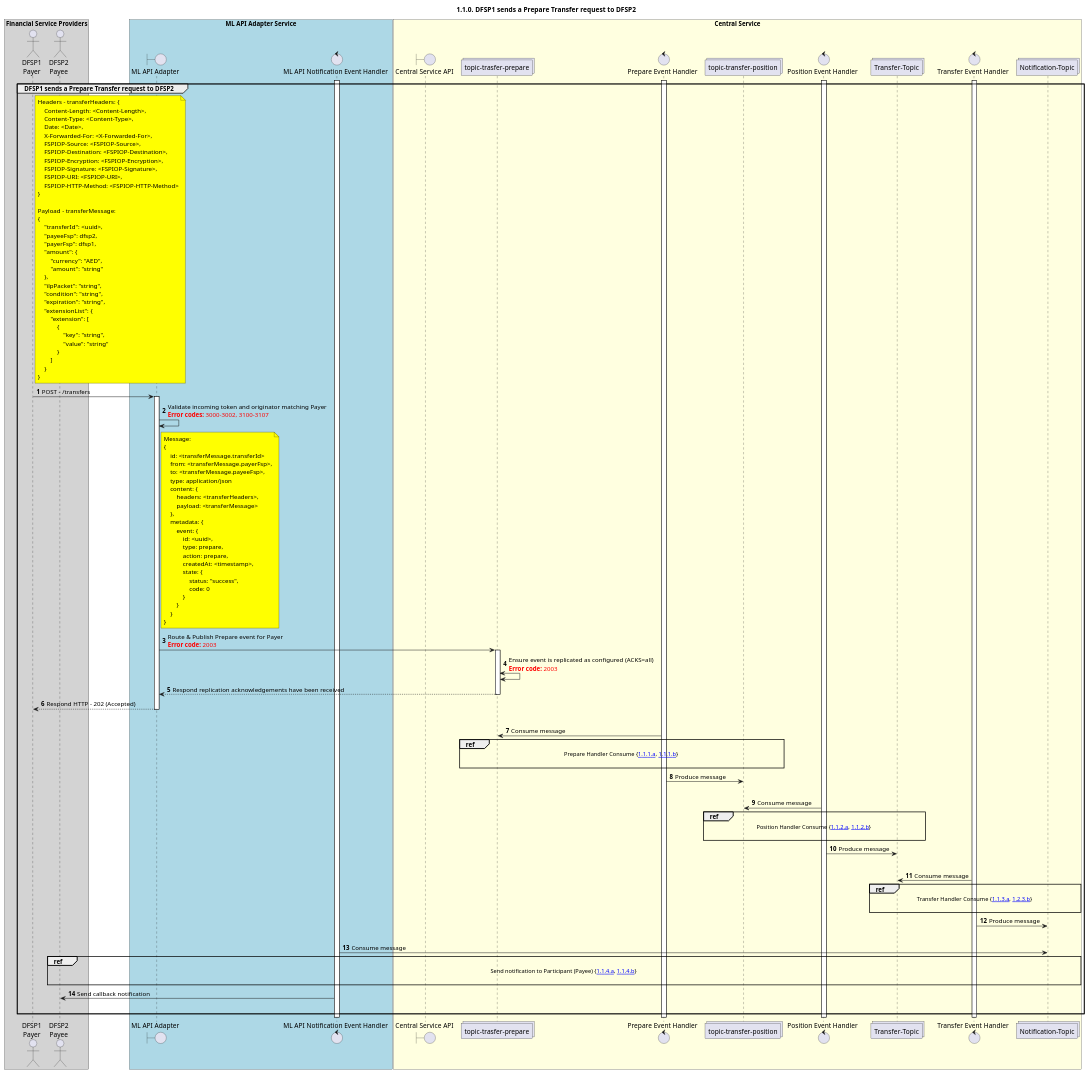
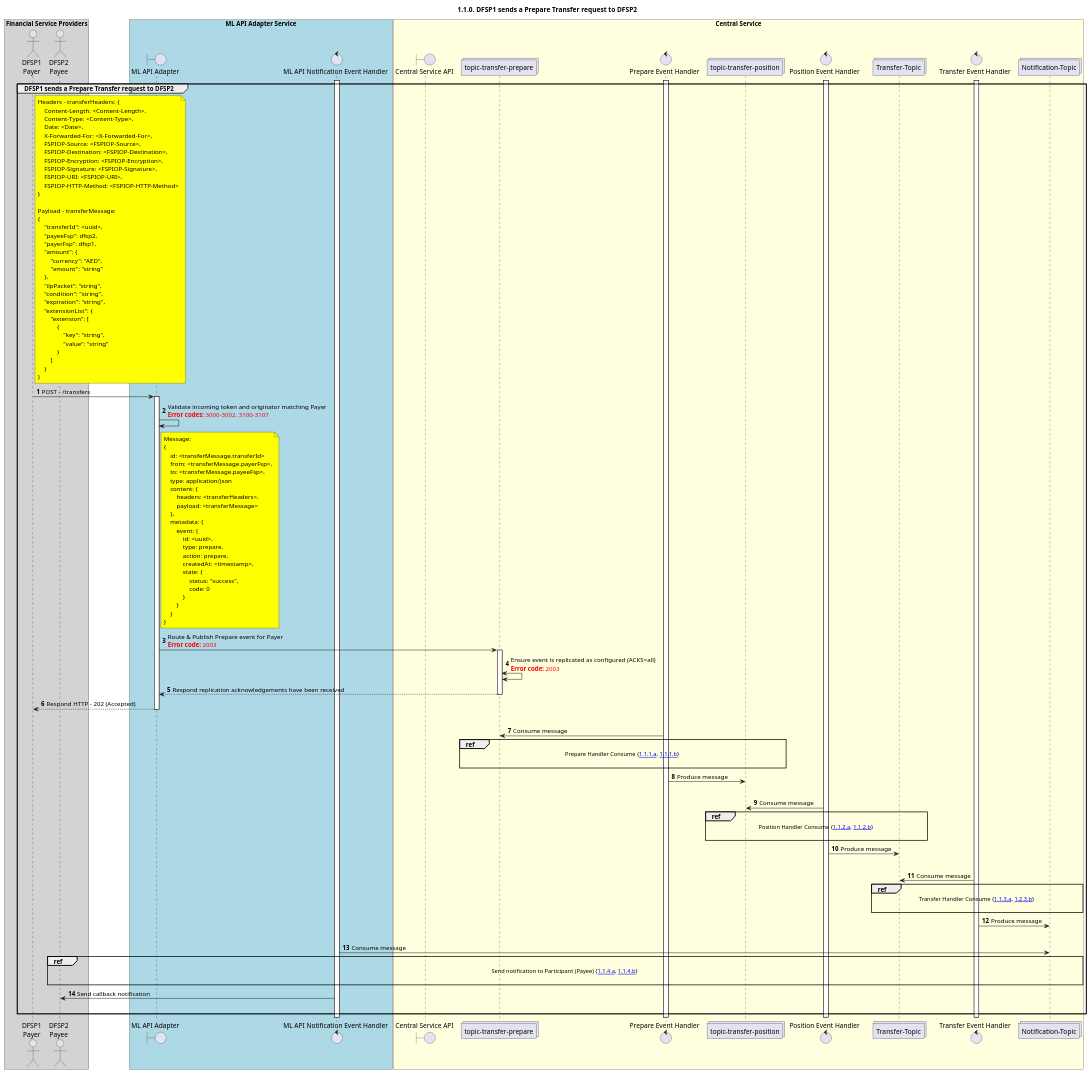
One commit to almatari1/docs-1 changed the diagram in Diagrams/SequenceDiagrams/seq-prepare-1.1.0.plantuml. Above: the diagram before and after it, drawn with PlantUML. The commit also changed 1 other file, not shown here.

```diff
--- a/Diagrams/SequenceDiagrams/seq-prepare-1.1.0.plantuml
+++ b/Diagrams/SequenceDiagrams/seq-prepare-1.1.0.plantuml
@@ -26,148 +26,148 @@
 @startuml
 ' declate title
 title 1.1.0. DFSP1 sends a Prepare Transfer request to DFSP2
 
 autonumber
 
 ' Actor Keys:
 '   boundary - APIs/Interfaces, etc
 '   collections - Kafka Topics
 '   control - Kafka Consumers
 '   entity - Database Access Objects
 '   database - Database Persistance Store
 
 ' declare actors
 actor "DFSP1\nPayer" as DFSP1
 actor "DFSP2\nPayee" as DFSP2
 boundary "ML API Adapter" as MLAPI
 control "ML API Notification Event Handler" as NOTIFY_HANDLER
 boundary "Central Service API" as CSAPI
-collections "topic-trasfer-prepare" as TOPIC_TRANSFER_PREPARE
+collections "topic-transfer-prepare" as TOPIC_TRANSFER_PREPARE
 control "Prepare Event Handler" as PREP_HANDLER
 collections "topic-transfer-position" as TOPIC_TRANSFER_POSITION
 control "Position Event Handler" as POS_HANDLER
 collections "Transfer-Topic" as TOPIC_TRANSFERS
 control "Transfer Event Handler" as TRANS_HANDLER
 collections "Notification-Topic" as TOPIC_NOTIFICATIONS
 
 box "Financial Service Providers" #lightGray
 	participant DFSP1
 	participant DFSP2
 end box
 
 box "ML API Adapter Service" #LightBlue
 	participant MLAPI
 	participant NOTIFY_HANDLER
 end box
 
 box "Central Service" #LightYellow
     participant CSAPI
 	participant TOPIC_TRANSFER_PREPARE
     participant PREP_HANDLER
     participant TOPIC_TRANSFER_POSITION
     participant POS_HANDLER
     participant TOPIC_TRANSFERS
     participant TRANS_HANDLER
     participant TOPIC_NOTIFICATIONS
 end box
 
 ' start flow
 activate NOTIFY_HANDLER
 activate PREP_HANDLER
 activate POS_HANDLER
 activate TRANS_HANDLER
 group DFSP1 sends a Prepare Transfer request to DFSP2
     note right of DFSP1 #yellow
         Headers - transferHeaders: {
             Content-Length: <Content-Length>,
             Content-Type: <Content-Type>,
             Date: <Date>,
             X-Forwarded-For: <X-Forwarded-For>,
             FSPIOP-Source: <FSPIOP-Source>,
             FSPIOP-Destination: <FSPIOP-Destination>,
             FSPIOP-Encryption: <FSPIOP-Encryption>,
             FSPIOP-Signature: <FSPIOP-Signature>,
             FSPIOP-URI: <FSPIOP-URI>,
             FSPIOP-HTTP-Method: <FSPIOP-HTTP-Method>
         }
 
         Payload - transferMessage:
         {
             "transferId": <uuid>,
             "payeeFsp": dfsp2,
             "payerFsp": dfsp1,
             "amount": {
                 "currency": "AED",
                 "amount": "string"
             },
             "ilpPacket": "string",
             "condition": "string",
             "expiration": "string",
             "extensionList": {
                 "extension": [
                     {
                         "key": "string",
                         "value": "string"
                     }
                 ]
             }
         }
     end note
     DFSP1 -> MLAPI: POST - /transfers
     activate MLAPI
     MLAPI -> MLAPI: Validate incoming token and originator matching Payer\n<color #FF0000><b>Error codes:</b> 3000-3002, 3100-3107</color>
     note right of MLAPI #yellow
         Message:
         {
             id: <transferMessage.transferId>
             from: <transferMessage.payerFsp>,
             to: <transferMessage.payeeFsp>,
             type: application/json
             content: {
                 headers: <transferHeaders>,
                 payload: <transferMessage>
             },
             metadata: {
                 event: {
                     id: <uuid>,
                     type: prepare,
                     action: prepare,
                     createdAt: <timestamp>,
                     state: {
                         status: "success",
                         code: 0
                     }
                 }
             }
         }
     end note
     MLAPI -> TOPIC_TRANSFER_PREPARE: Route & Publish Prepare event for Payer\n<color #FF0000><b>Error code:</b> 2003</color>
     activate TOPIC_TRANSFER_PREPARE
     TOPIC_TRANSFER_PREPARE <-> TOPIC_TRANSFER_PREPARE: Ensure event is replicated as configured (ACKS=all)\n<color #FF0000><b>Error code:</b> 2003</color>
     TOPIC_TRANSFER_PREPARE --> MLAPI: Respond replication acknowledgements have been received
     deactivate TOPIC_TRANSFER_PREPARE
     MLAPI ---> DFSP1: Respond HTTP - 202 (Accepted)
     deactivate MLAPI
     |||
     TOPIC_TRANSFER_PREPARE <- PREP_HANDLER: Consume message
     ref over TOPIC_TRANSFER_PREPARE, PREP_HANDLER, TOPIC_TRANSFER_POSITION :  Prepare Handler Consume {[[https://github.com/mojaloop/docs/blob/develop/CentralServices/seq_diagrams/seq-prepare-1.1.1.a.svg 1.1.1.a]], [[https://github.com/mojaloop/docs/blob/develop/CentralServices/seq_diagrams/seq-prepare-1.1.1.b.svg 1.1.1.b]]} \n
     PREP_HANDLER -> TOPIC_TRANSFER_POSITION: Produce message
     |||
     TOPIC_TRANSFER_POSITION <- POS_HANDLER: Consume message
     ref over TOPIC_TRANSFER_POSITION, POS_HANDLER, TOPIC_TRANSFERS : Position Handler Consume {[[https://github.com/mojaloop/docs/blob/develop/CentralServices/seq_diagrams/seq-prepare-1.1.2.a.svg 1.1.2.a]], [[https://github.com/mojaloop/docs/blob/develop/CentralServices/seq_diagrams/seq-prepare-1.1.2.b.svg 1.1.2.b]]} \n
     POS_HANDLER -> TOPIC_TRANSFERS: Produce message
     |||
     TOPIC_TRANSFERS <- TRANS_HANDLER: Consume message
     ref over TOPIC_TRANSFERS, TRANS_HANDLER, TOPIC_NOTIFICATIONS : Transfer Handler Consume {[[https://github.com/mojaloop/docs/blob/develop/CentralServices/seq_diagrams/seq-prepare-1.1.3.a.svg 1.1.3.a]], [[https://github.com/mojaloop/docs/blob/develop/CentralServices/seq_diagrams/seq-prepare-1.1.3.b.svg 1.2.3.b]]} \n
     TRANS_HANDLER -> TOPIC_NOTIFICATIONS: Produce message
     |||
     TOPIC_NOTIFICATIONS <- NOTIFY_HANDLER: Consume message
     ref over DFSP2, TOPIC_NOTIFICATIONS : Send notification to Participant (Payee) {[[https://github.com/mojaloop/docs/blob/develop/CentralServices/seq_diagrams/seq-prepare-1.1.4.a.svg 1.1.4.a]], [[https://github.com/mojaloop/docs/blob/develop/CentralServices/seq_diagrams/seq-prepare-1.1.4.b.svg 1.1.4.b]]} \n
     NOTIFY_HANDLER -> DFSP2: Send callback notification
     |||
 end
 deactivate TRANS_HANDLER
 deactivate POS_HANDLER
 deactivate PREP_HANDLER
 deactivate NOTIFY_HANDLER
 @enduml
```
